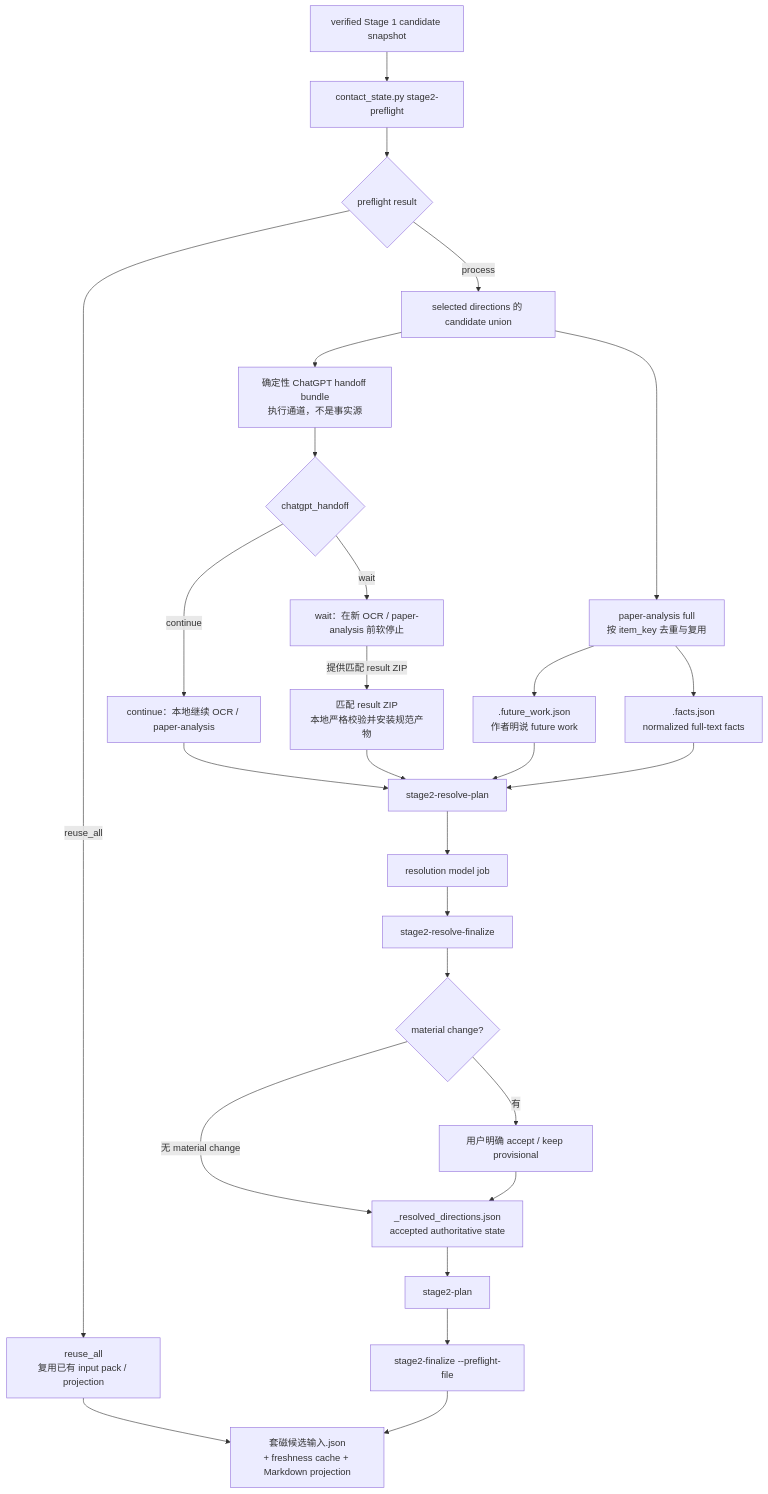
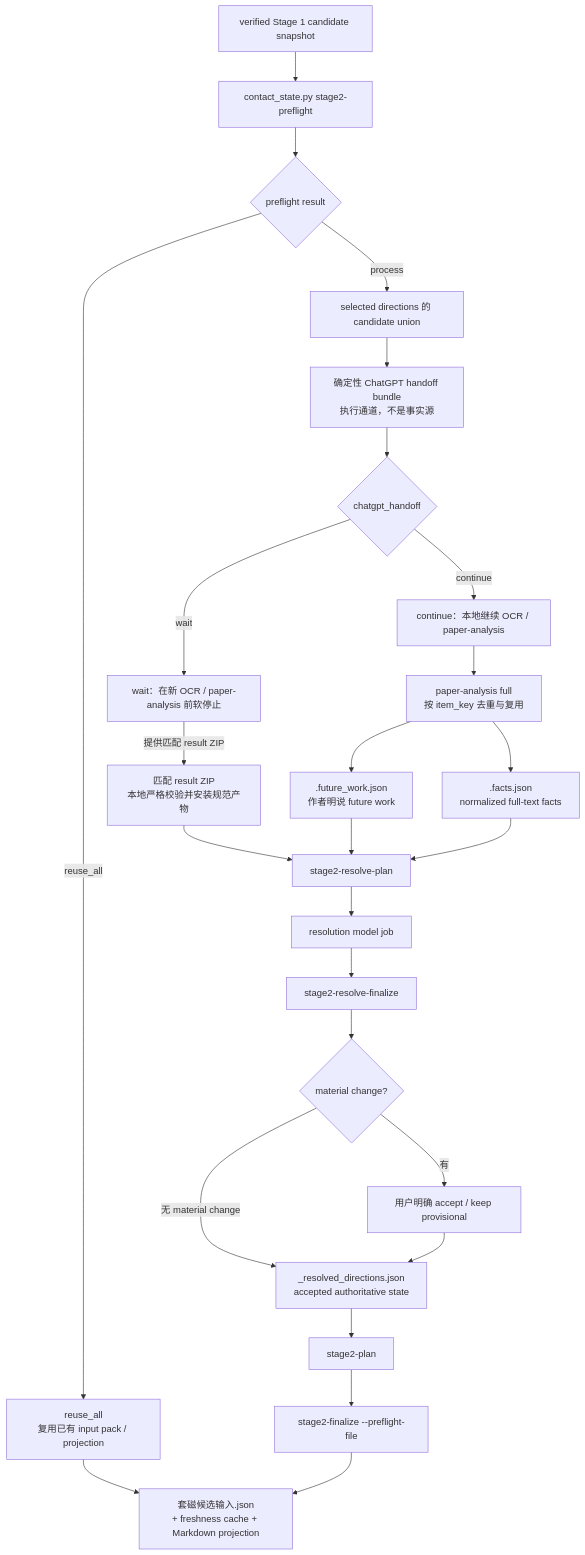
The fourth of 10 diagrams in .apm/skills/professor-contact/docs/workflow-reference.md (ScholarWorkflow/professor-contact), drawn with Mermaid before and after one commit.

Commit message:
docs: correct Stage 2 handoff ordering

````diff
--- a/.apm/skills/professor-contact/docs/workflow-reference.md
+++ b/.apm/skills/professor-contact/docs/workflow-reference.md
@@ -143,41 +143,38 @@
 ```mermaid
 flowchart TD
     C["verified Stage 1 candidate snapshot"]
     PF["contact_state.py stage2-preflight"]
     DEC{"preflight result"}
     REUSE["reuse_all<br/>复用已有 input pack / projection"]
     U["selected directions 的 candidate union"]
-    PA["paper-analysis full<br/>按 item_key 去重与复用"]
-    FW[".future_work.json<br/>作者明说 future work"]
-    FACT[".facts.json<br/>normalized full-text facts"]
     H["确定性 ChatGPT handoff bundle<br/>执行通道，不是事实源"]
     HM{"chatgpt_handoff"}
     LOCAL["continue：本地继续 OCR / paper-analysis"]
     WAIT["wait：在新 OCR / paper-analysis 前软停止"]
     IMPORT["匹配 result ZIP<br/>本地严格校验并安装规范产物"]
+    PA["paper-analysis full<br/>按 item_key 去重与复用"]
+    FW[".future_work.json<br/>作者明说 future work"]
+    FACT[".facts.json<br/>normalized full-text facts"]
     RP["stage2-resolve-plan"]
     RM["resolution model job"]
     RF["stage2-resolve-finalize"]
     UC{"material change?"}
     ACCEPT["用户明确 accept / keep provisional"]
     RD["_resolved_directions.json<br/>accepted authoritative state"]
     P2["stage2-plan"]
     F2["stage2-finalize --preflight-file"]
     OUT["套磁候选输入.json<br/>+ freshness cache + Markdown projection"]
 
     C --> PF --> DEC
     DEC -->|"reuse_all"| REUSE --> OUT
-    DEC -->|"process"| U --> PA
-    PA --> FW
-    PA --> FACT
-    U --> H --> HM
-    HM -->|"continue"| LOCAL --> RP
+    DEC -->|"process"| U --> H --> HM
+    HM -->|"continue"| LOCAL --> PA
     HM -->|"wait"| WAIT
     WAIT -->|"提供匹配 result ZIP"| IMPORT --> RP
-    FW --> RP
-    FACT --> RP
+    PA --> FW --> RP
+    PA --> FACT --> RP
     RP --> RM --> RF --> UC
     UC -->|"无 material change"| RD
     UC -->|"有"| ACCEPT --> RD
     RD --> P2 --> F2 --> OUT
 ```
````
